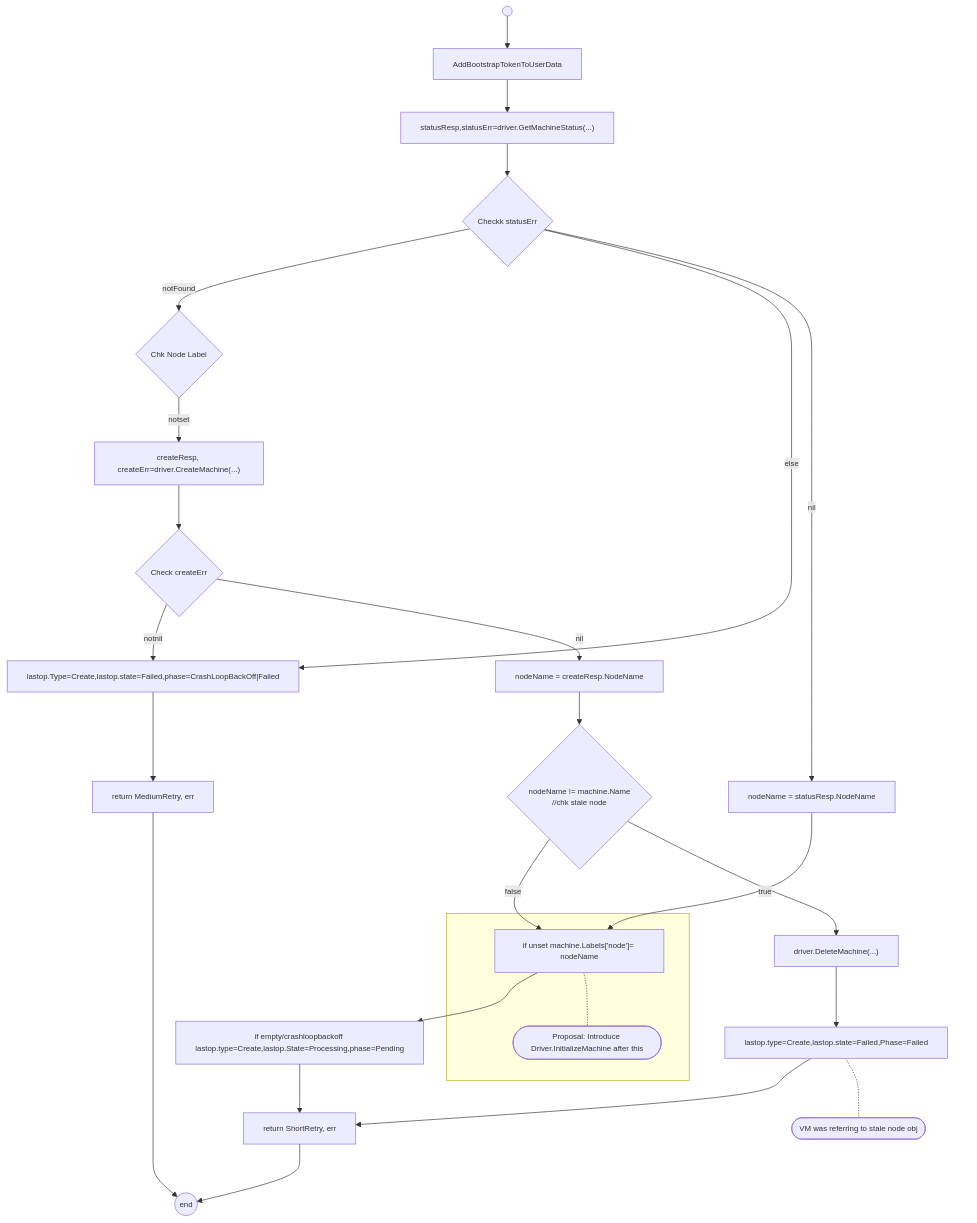
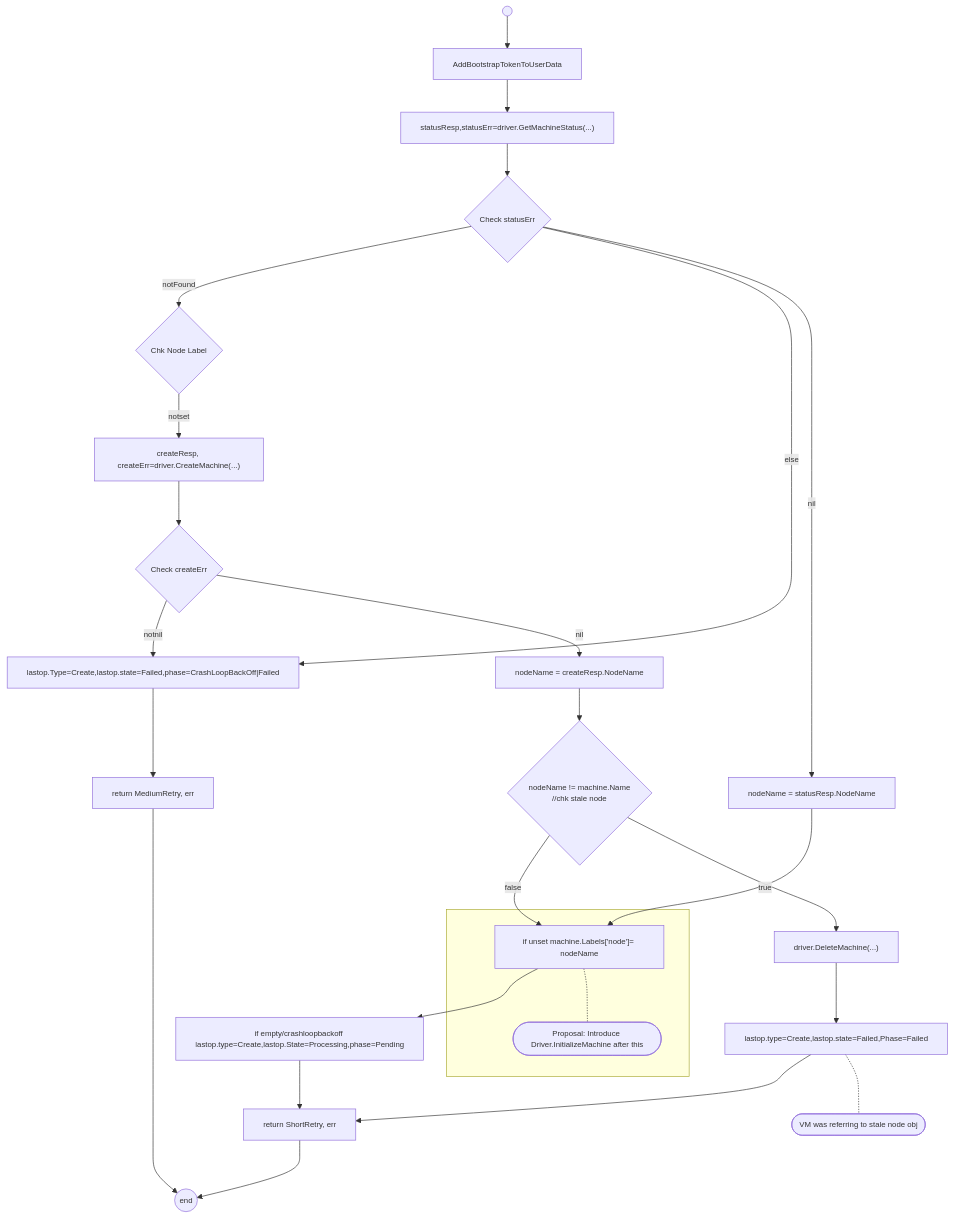
The second of 2 diagrams in docs/proposals/initialize-machine.md (gardener/machine-controller-manager), drawn with Mermaid before and after one commit. The commit also changed other lines of this file and 2 other files, not shown here.

Commit message:
instance initialization flow

````diff
--- a/docs/proposals/initialize-machine.md
+++ b/docs/proposals/initialize-machine.md
@@ -70,47 +70,47 @@
 ```mermaid
 %%{ init: {
     'themeVariables':
         { 'fontSize': '12px'}
 } }%%
 flowchart TD
 
 
 end1(("end"))
 begin((" "))
 medretry["return MediumRetry, err"]
 shortretry["return ShortRetry, err"]
 medretry-->end1
 shortretry-->end1
 
 begin-->AddBootstrapTokenToUserData
 -->gms["statusResp,statusErr=driver.GetMachineStatus(...)"]
--->chkstatuserr{"Checkk statusErr"}
+-->chkstatuserr{"Check statusErr"}
 chkstatuserr--notFound-->chknodelbl{"Chk Node Label"}
 chkstatuserr--else-->createFailed["lastop.Type=Create,lastop.state=Failed,phase=CrashLoopBackOff|Failed"]-->medretry
 chkstatuserr--nil-->initnodename["nodeName = statusResp.NodeName"]-->setnodename
 
 
 chknodelbl--notset-->createmachine["createResp, createErr=driver.CreateMachine(...)"]-->chkCreateErr{"Check createErr"}
 
 chkCreateErr--notnil-->createFailed
 
 chkCreateErr--nil-->getnodename["nodeName = createResp.NodeName"]
 -->chkstalenode{"nodeName != machine.Name\n//chk stale node"}
 chkstalenode--false-->setnodename["if unset machine.Labels['node']= nodeName"]
 -->machinepending["if empty/crashloopbackoff lastop.type=Create,lastop.State=Processing,phase=Pending"]
 -->shortretry
 
 chkstalenode--true-->delmachine["driver.DeleteMachine(...)"]
 -->permafail["lastop.type=Create,lastop.state=Failed,Phase=Failed"]
 -->shortretry
 
 subgraph noteA [" "]
     permafail -.- note1(["VM was referring to stale node obj"])
 end
 style noteA opacity:0
 
 
 subgraph noteB [" "]
     setnodename-.- note2(["Proposal: Introduce Driver.InitializeMachine after this"])
 end
 ```
````
